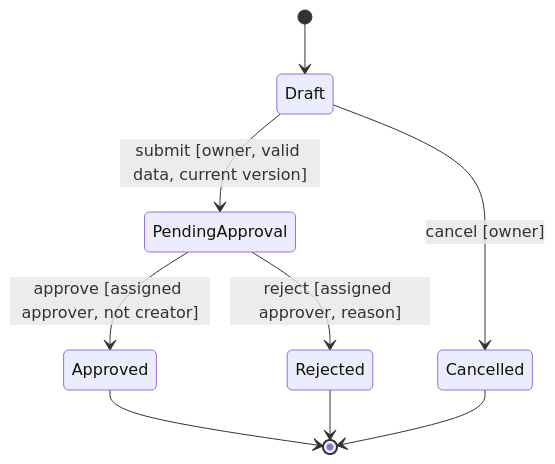
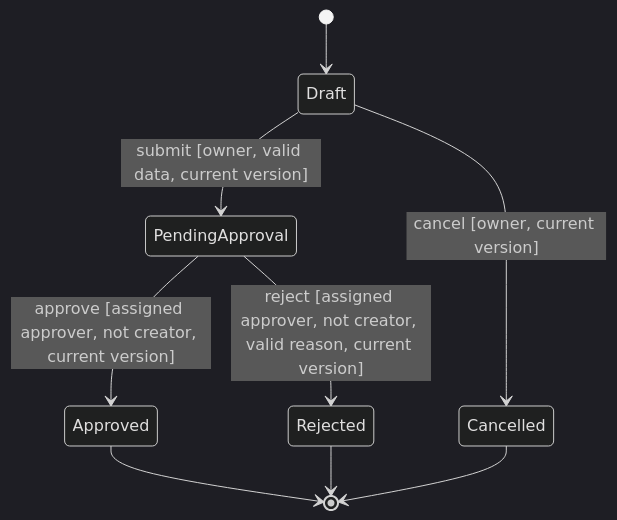
Before and after one commit to vuongdau001/My_Skills: the first of 2 diagrams in Requirement_Design/crm-specification-standard/references/examples/project-code-request-specification.md, drawn with Mermaid. The commit also changed other lines of this file and 37 other files, not shown here.

````diff
--- a/Requirement_Design/crm-specification-standard/references/examples/project-code-request-specification.md
+++ b/Requirement_Design/crm-specification-standard/references/examples/project-code-request-specification.md
@@ -32,11 +39,12 @@
 ```mermaid
+%%{init: {'theme':'dark'}}%%
 stateDiagram-v2
     [*] --> Draft
     Draft --> PendingApproval: submit [owner, valid data, current version]
-    PendingApproval --> Approved: approve [assigned approver, not creator]
-    PendingApproval --> Rejected: reject [assigned approver, reason]
-    Draft --> Cancelled: cancel [owner]
+    PendingApproval --> Approved: approve [assigned approver, not creator, current version]
+    PendingApproval --> Rejected: reject [assigned approver, not creator, valid reason, current version]
+    Draft --> Cancelled: cancel [owner, current version]
     Approved --> [*]
     Rejected --> [*]
     Cancelled --> [*]
 ```
````
